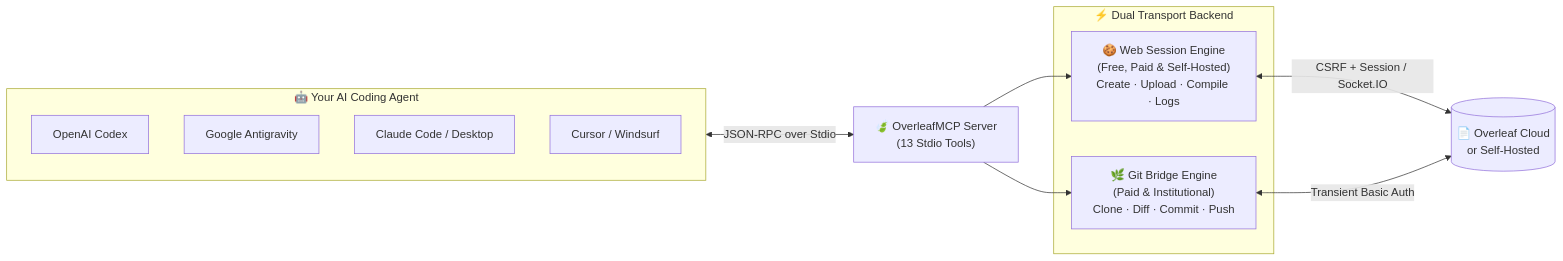
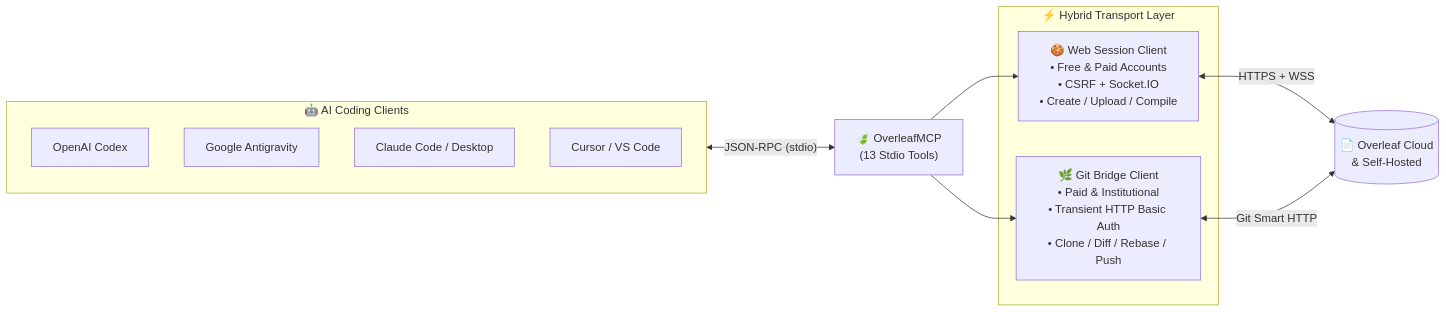
Before and after one commit to ajmainapon/OverleafMCP: the first of 2 diagrams in README.md, drawn with Mermaid. The commit also changed other lines of this file and 3 other files, not shown here.

````diff
--- a/README.md
+++ b/README.md
@@ -35,24 +305,24 @@
 ```mermaid
 flowchart LR
-    subgraph Agents["🤖 Your AI Coding Agent"]
+    subgraph Agents["🤖 AI Coding Clients"]
         A1["OpenAI Codex"]
         A2["Google Antigravity"]
         A3["Claude Code / Desktop"]
-        A4["Cursor / Windsurf"]
+        A4["Cursor / VS Code"]
     end
 
-    MCP["🍃 OverleafMCP Server<br/>(13 Stdio Tools)"]
+    MCP["🍃 OverleafMCP<br/>(13 Stdio Tools)"]
 
-    subgraph Engines["⚡ Dual Transport Backend"]
-        W["🍪 Web Session Engine<br/>(Free, Paid & Self-Hosted)<br/>Create · Upload · Compile · Logs"]
-        G["🌿 Git Bridge Engine<br/>(Paid & Institutional)<br/>Clone · Diff · Commit · Push"]
+    subgraph Engines["⚡ Hybrid Transport Layer"]
+        W["🍪 Web Session Client<br/>• Free & Paid Accounts<br/>• CSRF + Socket.IO<br/>• Create / Upload / Compile"]
+        G["🌿 Git Bridge Client<br/>• Paid & Institutional<br/>• Transient HTTP Basic Auth<br/>• Clone / Diff / Rebase / Push"]
     end
 
-    OL[("📄 Overleaf Cloud<br/>or Self-Hosted")]
+    OL[("📄 Overleaf Cloud<br/>& Self-Hosted")]
 
-    Agents <-->|"JSON-RPC over Stdio"| MCP
+    Agents <-->|"JSON-RPC (stdio)"| MCP
     MCP --> W
     MCP --> G
-    W <-->|"CSRF + Session / Socket.IO"| OL
-    G <-->|"Transient Basic Auth"| OL
+    W <-->|"HTTPS + WSS"| OL
+    G <-->|"Git Smart HTTP"| OL
 ```
````
